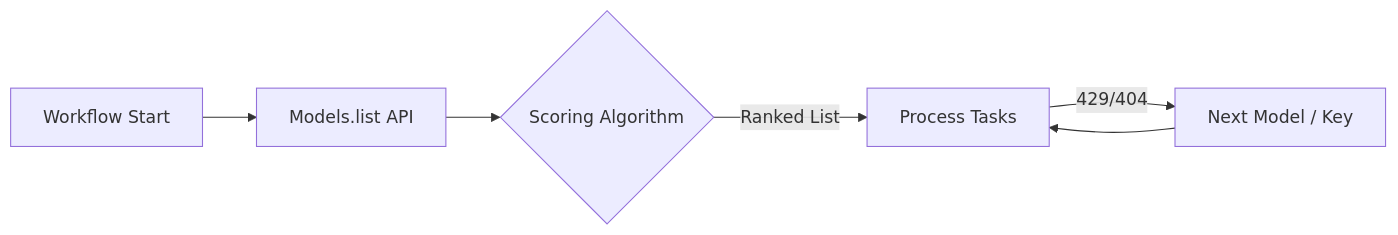
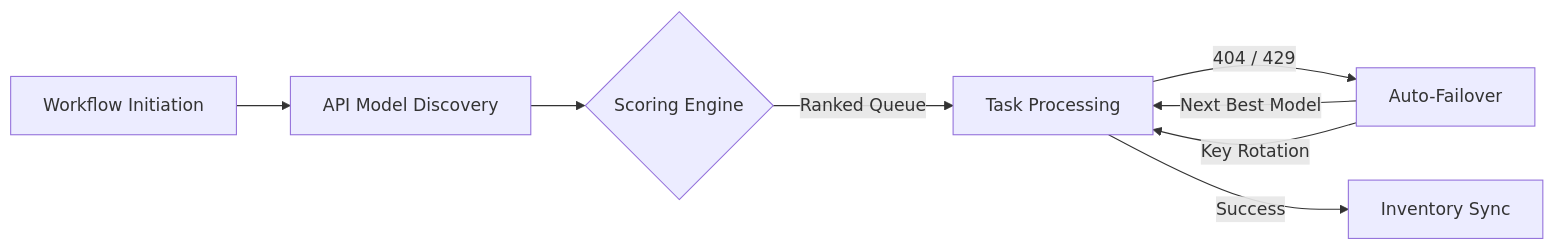
Before and after one commit to nubenetes/awesome-kubernetes: the fourth of 7 diagrams in README.md, drawn with Mermaid. The commit also changed other lines of this file and 1 other file, not shown here.

Commit message:
docs: document Zero-Config Dynamic AI Discovery Engine in README and GEMINI.md

````diff
--- a/README.md
+++ b/README.md
@@ -232,8 +233,10 @@
 ```mermaid
 graph LR
-    Start[Workflow Start] --> List[Models.list API]
-    List --> Score{Scoring Algorithm}
-    Score -->|Ranked List| Run[Process Tasks]
-    Run -->|429/404| Fallback[Next Model / Key]
-    Fallback --> Run
+    A[Workflow Initiation] --> B[API Model Discovery]
+    B --> C{Scoring Engine}
+    C -->|Ranked Queue| D[Task Processing]
+    D -->|404 / 429| E[Auto-Failover]
+    E -->|Next Best Model| D
+    E -->|Key Rotation| D
+    D -->|Success| F[Inventory Sync]
 ```
````
